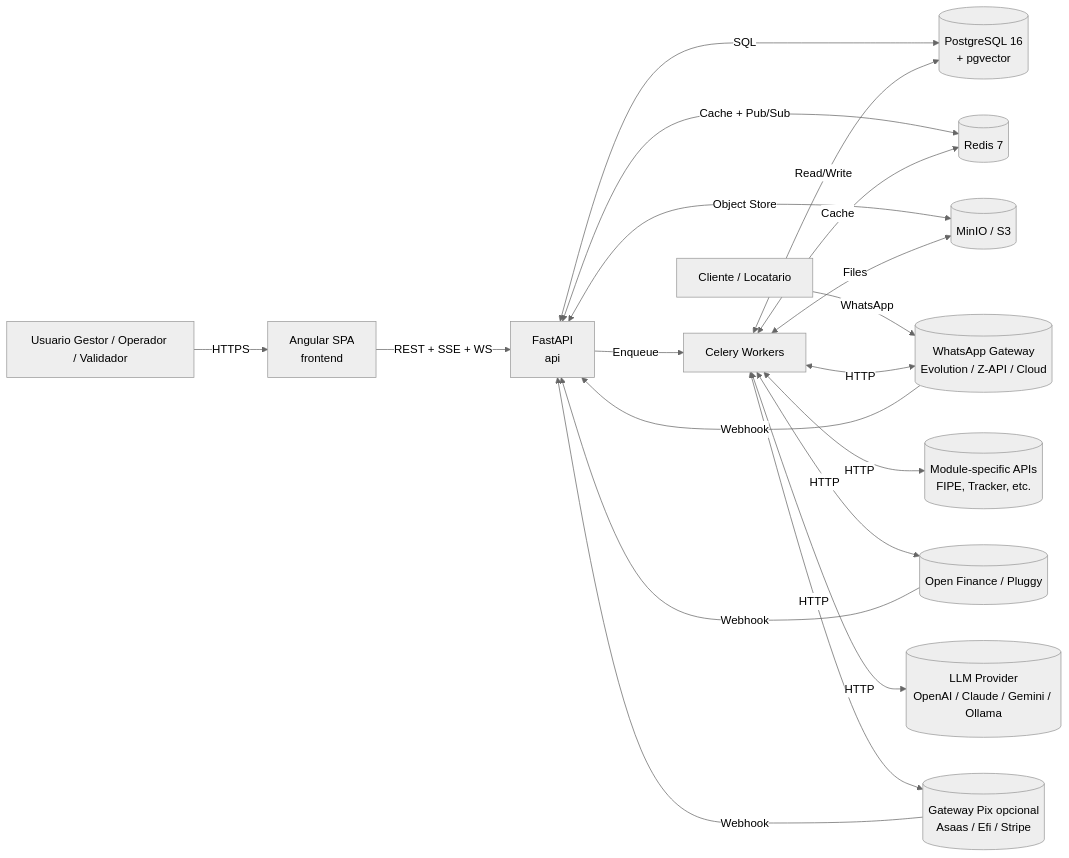
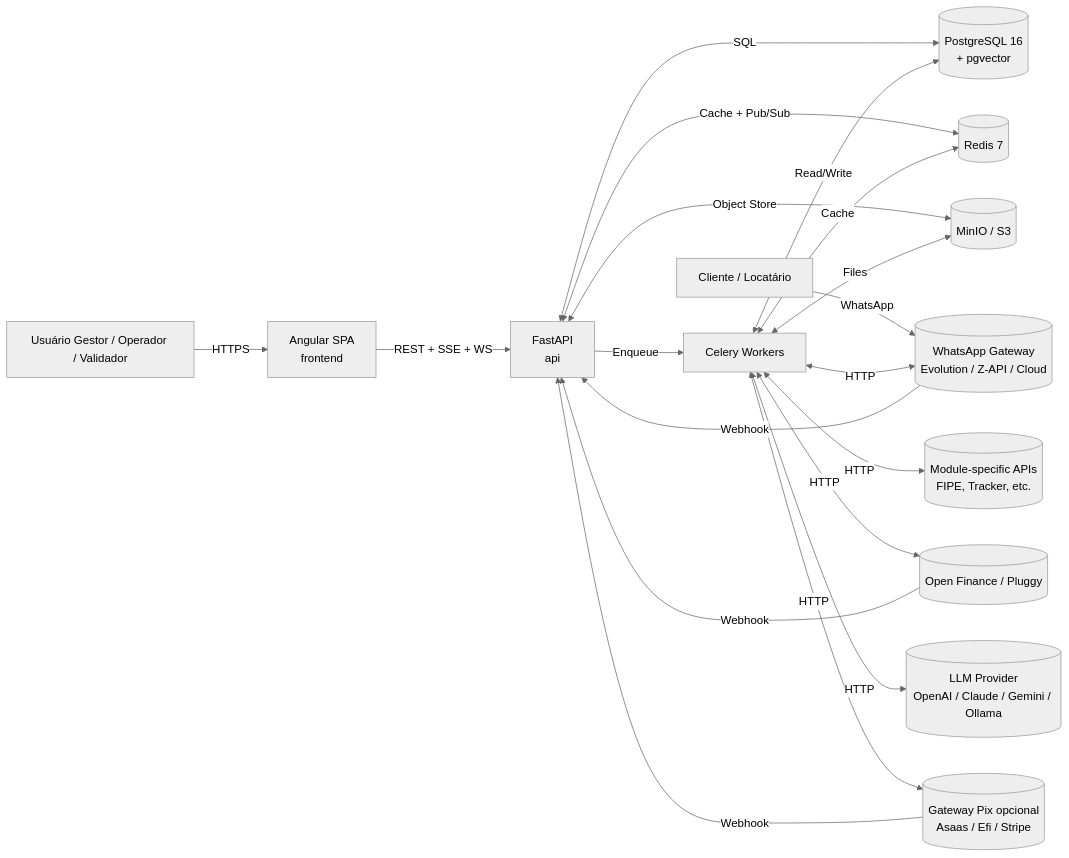
Before and after one commit to psoliveira80/pagarpro: the first of 13 diagrams in _bmad-output/planning-artifacts/ARCHITECTURE.md, drawn with Mermaid (neutral theme). The commit also changed other lines of this file and 18 other files, not shown here.

First line of the commit message:
docs: Story 12.9 — traducao PT-BR de PRD, ARCHITECTURE, epics e stories Epic 10/11

````diff
--- a/_bmad-output/planning-artifacts/ARCHITECTURE.md
+++ b/_bmad-output/planning-artifacts/ARCHITECTURE.md
@@ -98,21 +98,21 @@
 ```mermaid
 flowchart LR
-    User[Usuario Gestor / Operador / Validador] -->|HTTPS| Web[Angular SPA<br/>frontend]
-    Client[Cliente / Locatario] -->|WhatsApp| WAGW[(WhatsApp Gateway<br/>Evolution / Z-API / Cloud)]
+    User[Usuário Gestor / Operador / Validador] -->|HTTPS| Web[Angular SPA<br/>frontend]
+    Client[Cliente / Locatário] -->|WhatsApp| WAGW[(WhatsApp Gateway<br/>Evolution / Z-API / Cloud)]
     Web -->|REST + SSE + WS| API[FastAPI<br/>api]
     API <-->|SQL| DB[(PostgreSQL 16<br/>+ pgvector)]
     API <-->|Cache + Pub/Sub| Redis[(Redis 7)]
     API <-->|Object Store| MinIO[(MinIO / S3)]
     API -->|Enqueue| Workers[Celery Workers]
     Workers <-->|Read/Write| DB
     Workers <-->|Cache| Redis
     Workers <-->|Files| MinIO
     Workers <-->|HTTP| WAGW
     Workers <-->|HTTP| ModuleAPIs[(Module-specific APIs<br/>FIPE, Tracker, etc.)]
     Workers <-->|HTTP| OF[(Open Finance / Pluggy)]
     Workers <-->|HTTP| LLM[(LLM Provider<br/>OpenAI / Claude / Gemini / Ollama)]
     Workers <-->|HTTP| PIX[(Gateway Pix opcional<br/>Asaas / Efi / Stripe)]
     WAGW -->|Webhook| API
     OF -->|Webhook| API
     PIX -->|Webhook| API
 ```
````
